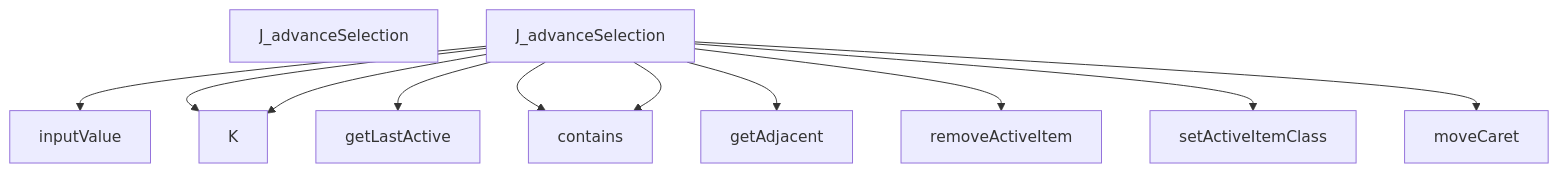
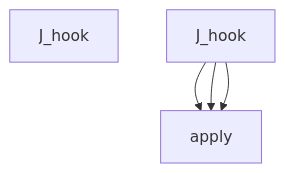
Before and after one commit to hazalkoom/DECODEx01: diagram 19 of 28 in docs/DATA_FLOW.md, drawn with Mermaid. The commit also changed other lines of this file and 6 other files, not shown here.

Commit message:
feat: NLG heuristic improvements - stricter schema matching, python decorator parsing, utility path pruning

````diff
--- a/docs/DATA_FLOW.md
+++ b/docs/DATA_FLOW.md
@@ -601,45 +717,17 @@
 ```mermaid
 graph TD
-    Start[J_advanceSelection]
+    Start[J_hook]
 
 
-    J_advanceSelection --> inputValue
+    J_hook --> apply
 
 
 
-    J_advanceSelection --> K
+    J_hook --> apply
 
 
 
-    J_advanceSelection --> K
-
-
-
-    J_advanceSelection --> getLastActive
-
-
-
-    J_advanceSelection --> contains
-
-
-
-    J_advanceSelection --> getAdjacent
-
-
-
-    J_advanceSelection --> contains
-
-
-
-    J_advanceSelection --> removeActiveItem
-
-
-
-    J_advanceSelection --> setActiveItemClass
-
-
-
-    J_advanceSelection --> moveCaret
+    J_hook --> apply
 
 
 ```
````
